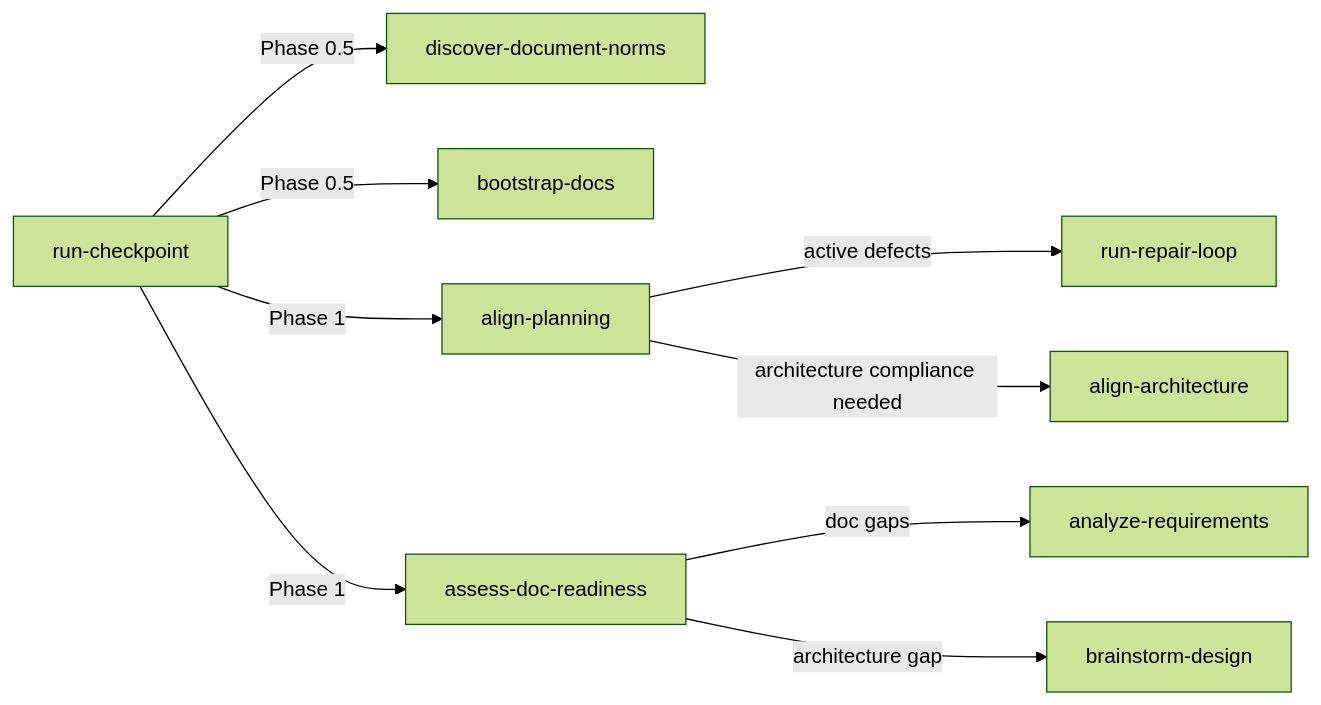
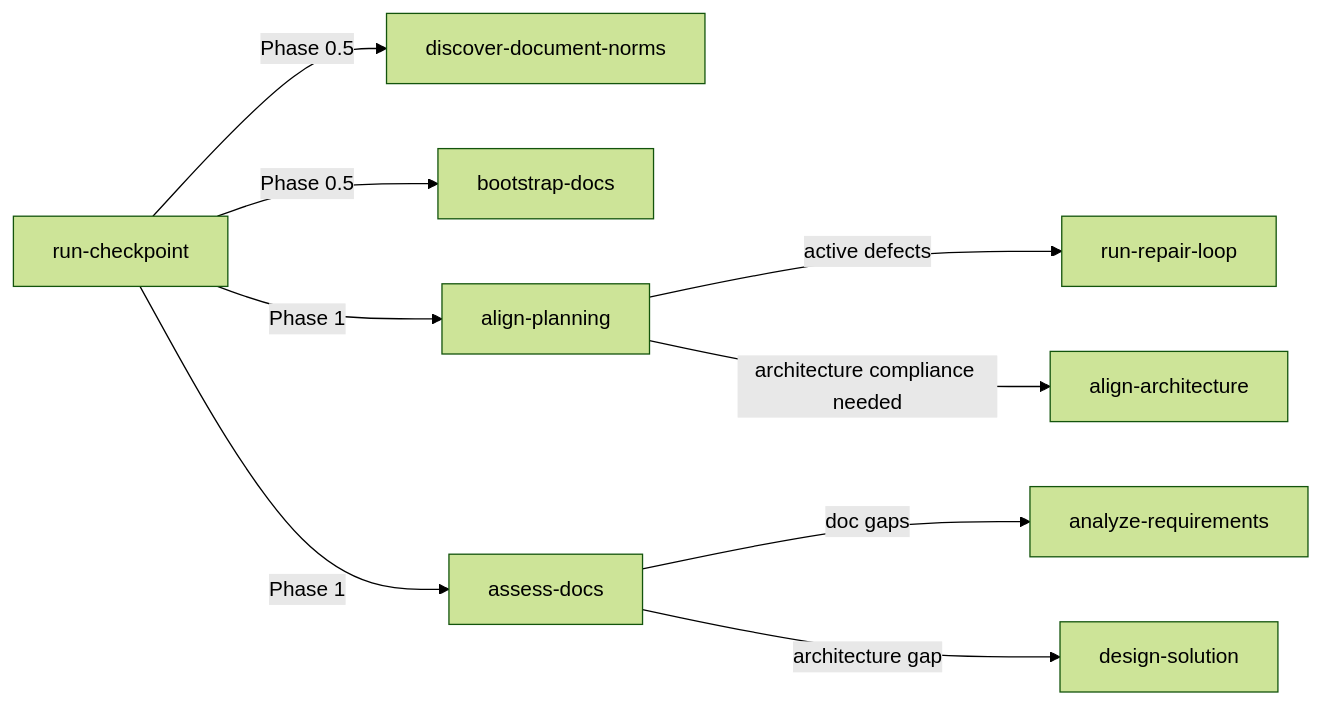
Before and after one commit to nesnilnehc/ai-cortex: the fifth of 5 diagrams in skills/skillgraph.md, drawn with Mermaid (forest theme). The commit also changed other lines of this file and 125 other files, not shown here.

````diff
--- a/skills/skillgraph.md
+++ b/skills/skillgraph.md
@@ -248,21 +224,21 @@
 ```mermaid
 flowchart LR
   loop[run-checkpoint]
   discover[discover-document-norms]
   bootstrap[bootstrap-docs]
   align[align-planning]
   alignarch[align-architecture]
-  docreadiness[assess-doc-readiness]
+  docreadiness[assess-docs]
   req[analyze-requirements]
-  design[brainstorm-design]
+  design[design-solution]
   repair[run-repair-loop]
 
   loop -->|Phase 0.5| discover
   loop -->|Phase 0.5| bootstrap
   loop -->|Phase 1| align
   loop -->|Phase 1| docreadiness
   align -->|active defects| repair
   align -->|architecture compliance needed| alignarch
   docreadiness -->|doc gaps| req
   docreadiness -->|architecture gap| design
 ```
````
